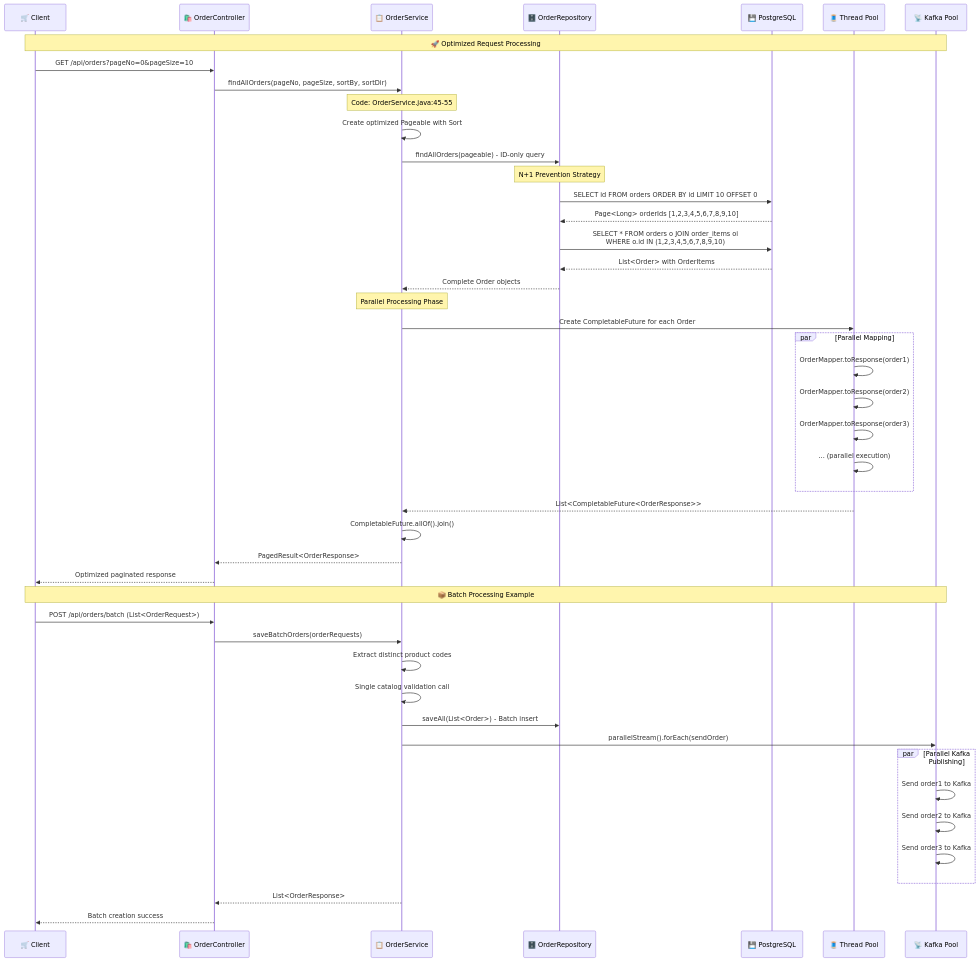
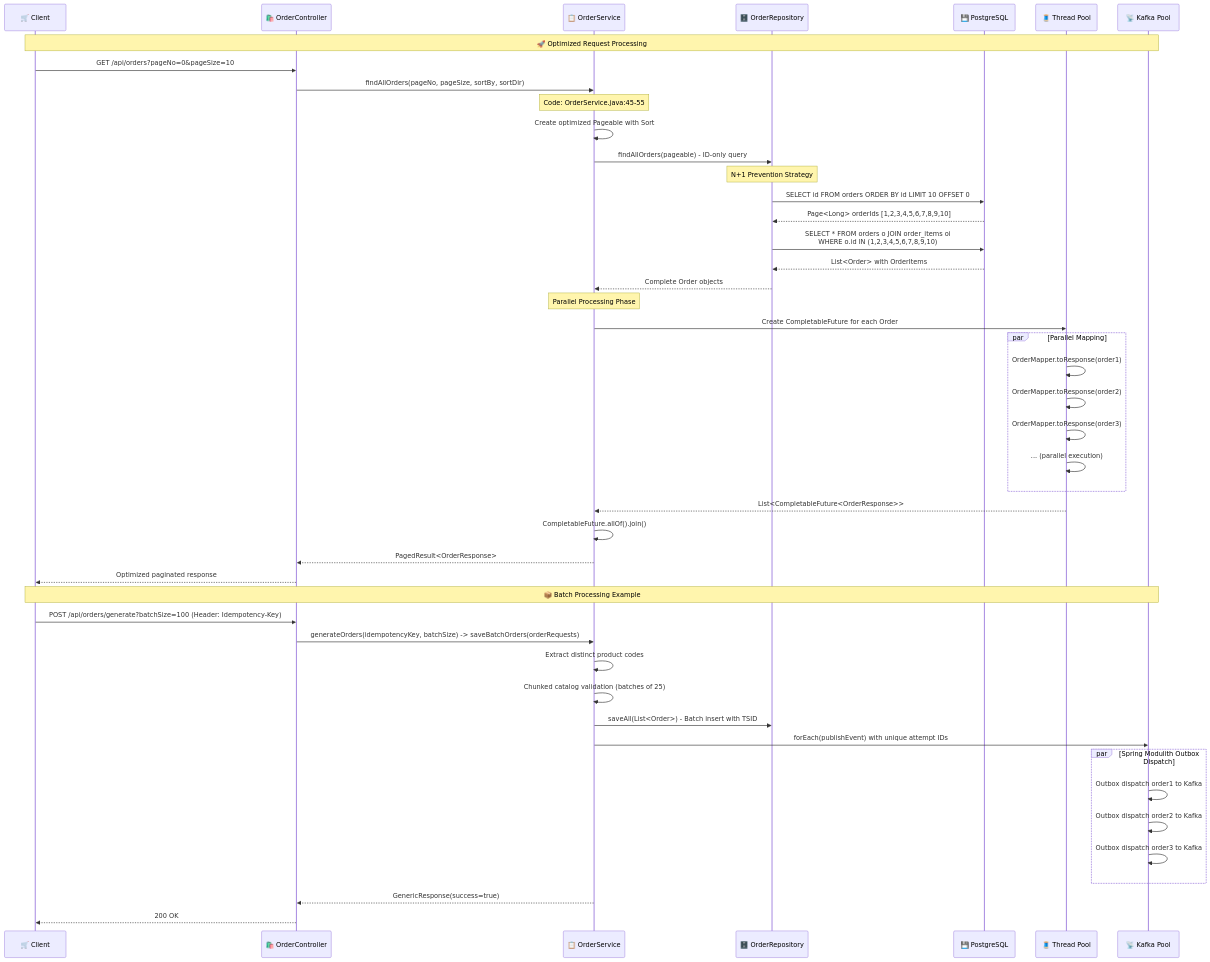
One commit to rajadilipkolli/spring-boot-microservices-series-v2 changed the second of 2 diagrams in order-service/docs/05-Performance-Optimizations-Deep-Dive.md. Above: the diagram before and after it, drawn with Mermaid. The commit also changed other lines of this file and 50 other files, not shown here.

````diff
--- a/order-service/docs/05-Performance-Optimizations-Deep-Dive.md
+++ b/order-service/docs/05-Performance-Optimizations-Deep-Dive.md
@@ -41,59 +41,59 @@
 ```mermaid
 sequenceDiagram
     participant Client as 🛒 Client
     participant Controller as 🛍️ OrderController
     participant Service as 📋 OrderService
     participant Repository as 🗄️ OrderRepository
     participant Database as 💾 PostgreSQL
     participant ThreadPool as 🧵 Thread Pool
     participant KafkaPool as 📡 Kafka Pool
     
     Note over Client, KafkaPool: 🚀 Optimized Request Processing
     Client->>Controller: GET /api/orders?pageNo=0&pageSize=10
     Controller->>Service: findAllOrders(pageNo, pageSize, sortBy, sortDir)
     
     Note over Service: Code: OrderService.java:45-55
     Service->>Service: Create optimized Pageable with Sort
     Service->>Repository: findAllOrders(pageable) - ID-only query
     
     Note over Repository: N+1 Prevention Strategy
     Repository->>Database: SELECT id FROM orders ORDER BY id LIMIT 10 OFFSET 0
     Database-->>Repository: Page<Long> orderIds [1,2,3,4,5,6,7,8,9,10]
     
     Repository->>Database: SELECT * FROM orders o JOIN order_items oi<br/>WHERE o.id IN (1,2,3,4,5,6,7,8,9,10)
     Database-->>Repository: List<Order> with OrderItems
     Repository-->>Service: Complete Order objects
     
     Note over Service: Parallel Processing Phase
     Service->>ThreadPool: Create CompletableFuture for each Order
     
     par Parallel Mapping
         ThreadPool->>ThreadPool: OrderMapper.toResponse(order1)
         ThreadPool->>ThreadPool: OrderMapper.toResponse(order2)
         ThreadPool->>ThreadPool: OrderMapper.toResponse(order3)
         ThreadPool->>ThreadPool: ... (parallel execution)
     end
     
     ThreadPool-->>Service: List<CompletableFuture<OrderResponse>>
     Service->>Service: CompletableFuture.allOf().join()
     Service-->>Controller: PagedResult<OrderResponse>
     Controller-->>Client: Optimized paginated response
     
     Note over Client, KafkaPool: 📦 Batch Processing Example
-    Client->>Controller: POST /api/orders/batch (List<OrderRequest>)
-    Controller->>Service: saveBatchOrders(orderRequests)
+    Client->>Controller: POST /api/orders/generate?batchSize=100 (Header: Idempotency-Key)
+    Controller->>Service: generateOrders(idempotencyKey, batchSize) -> saveBatchOrders(orderRequests)
     
     Service->>Service: Extract distinct product codes
-    Service->>Service: Single catalog validation call
-    Service->>Repository: saveAll(List<Order>) - Batch insert
+    Service->>Service: Chunked catalog validation (batches of 25)
+    Service->>Repository: saveAll(List<Order>) - Batch insert with TSID
     
-    Service->>KafkaPool: parallelStream().forEach(sendOrder)
-    par Parallel Kafka Publishing
-        KafkaPool->>KafkaPool: Send order1 to Kafka
-        KafkaPool->>KafkaPool: Send order2 to Kafka
-        KafkaPool->>KafkaPool: Send order3 to Kafka
+    Service->>KafkaPool: forEach(publishEvent) with unique attempt IDs
+    par Spring Modulith Outbox Dispatch
+        KafkaPool->>KafkaPool: Outbox dispatch order1 to Kafka
+        KafkaPool->>KafkaPool: Outbox dispatch order2 to Kafka
+        KafkaPool->>KafkaPool: Outbox dispatch order3 to Kafka
     end
     
-    Service-->>Controller: List<OrderResponse>
-    Controller-->>Client: Batch creation success
+    Service-->>Controller: GenericResponse(success=true)
+    Controller-->>Client: 200 OK
 ```
````
